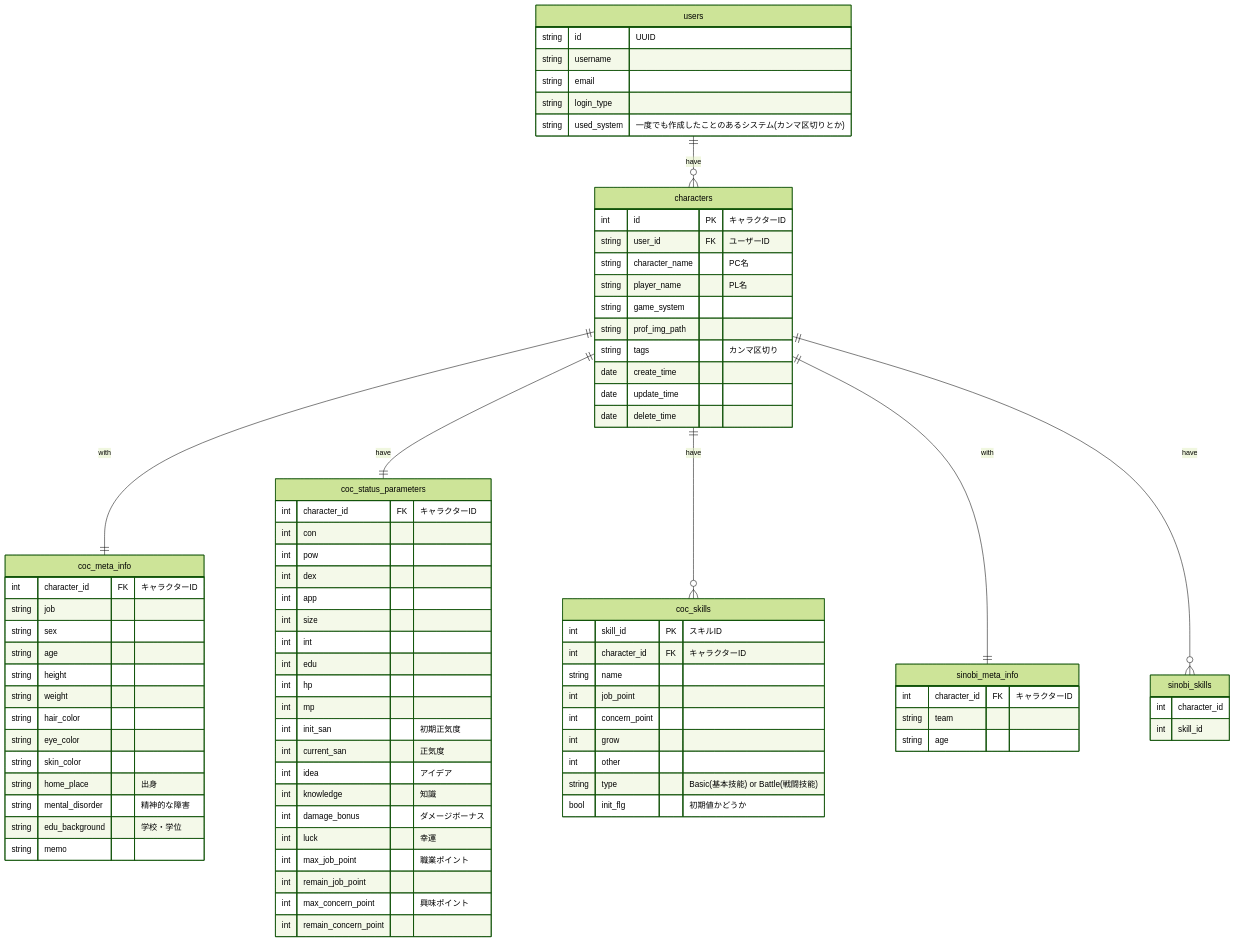
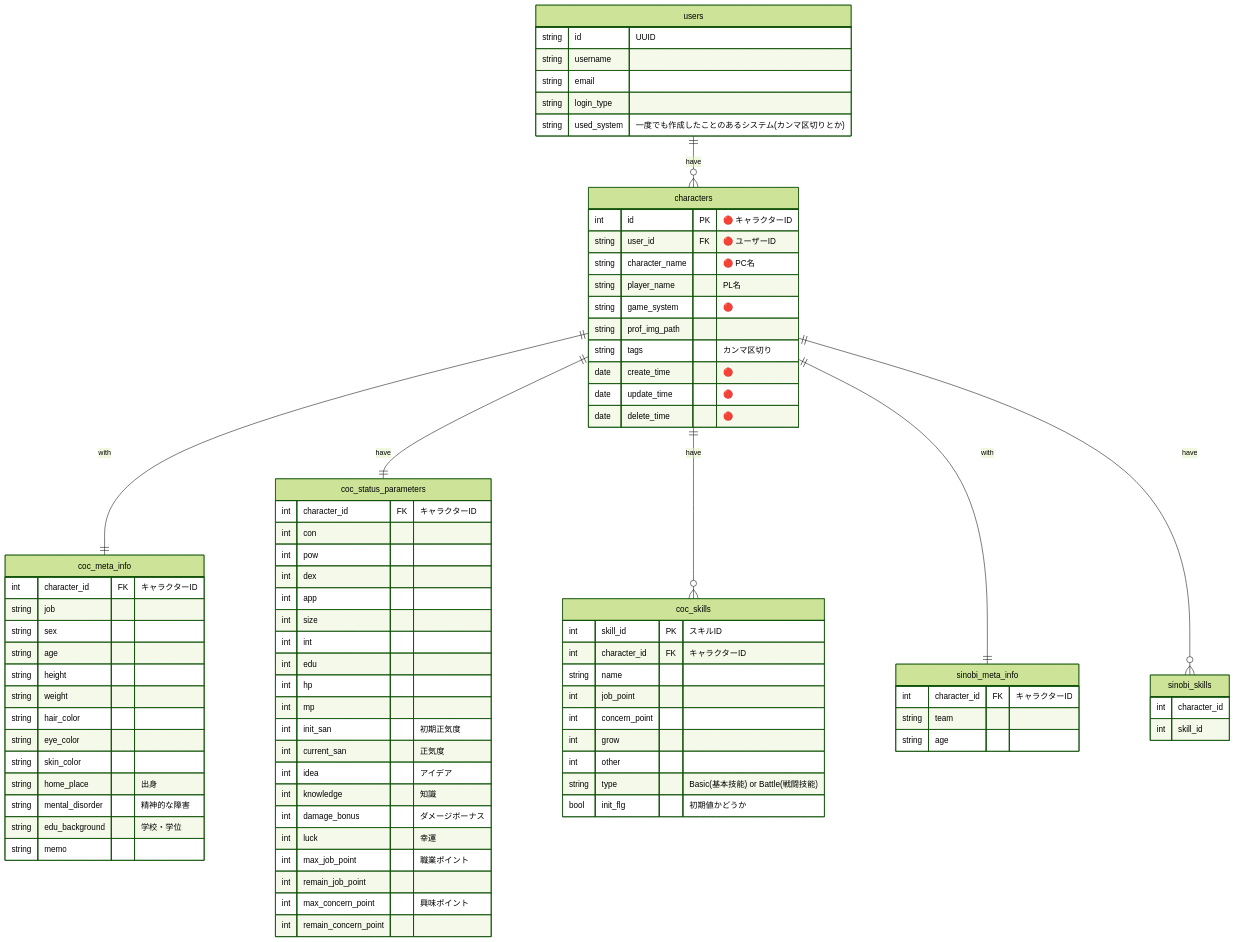
One commit to kitsystemyou/character-manager-backend changed the diagram in docs/enthithi.md. Above: the diagram before and after it, drawn with Mermaid (forest theme).

Commit message:
add need mark

```diff
--- a/docs/enthithi.md
+++ b/docs/enthithi.md
@@ -18,16 +18,16 @@
 }
 
 characters {
-  int id PK "キャラクターID"
-  string user_id FK "ユーザーID"
-  string character_name "PC名"
+  int id PK "🔴 キャラクターID"
+  string user_id FK "🔴 ユーザーID"
+  string character_name "🔴 PC名"
   string player_name "PL名"
-  string game_system
+  string game_system "🔴 "
   string prof_img_path
   string tags "カンマ区切り"
-  date create_time
-  date update_time
-  date delete_time
+  date create_time "🔴 "
+  date update_time "🔴 " 
+  date delete_time "🔴 "
 }
 
 coc_meta_info {
```
